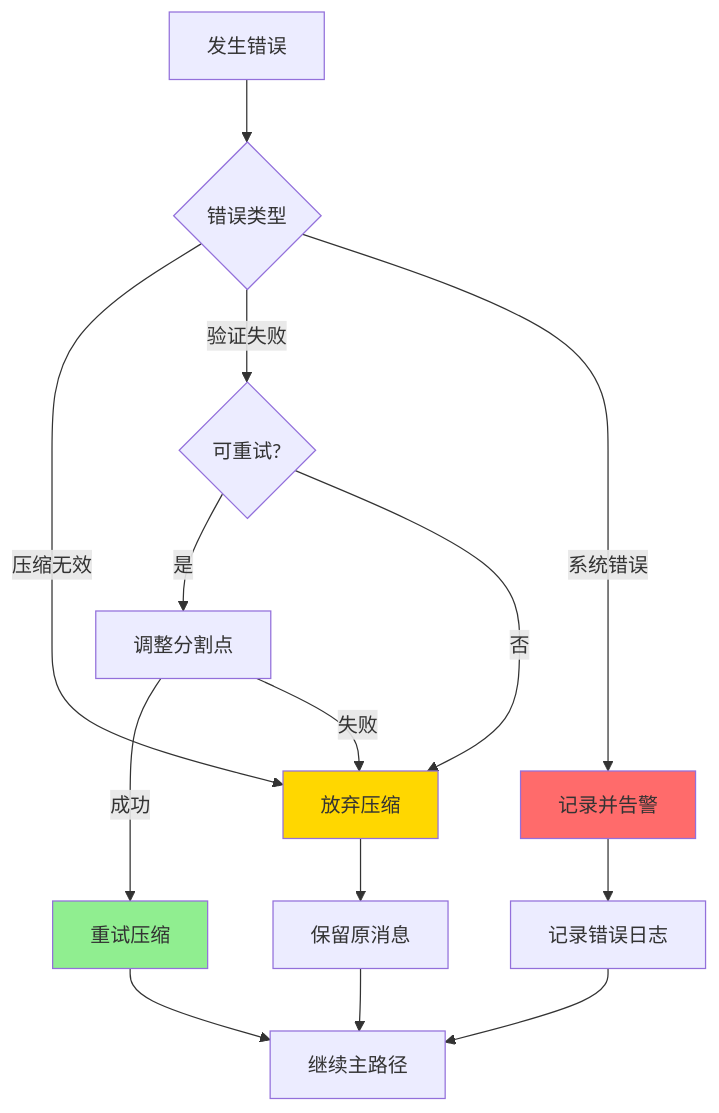
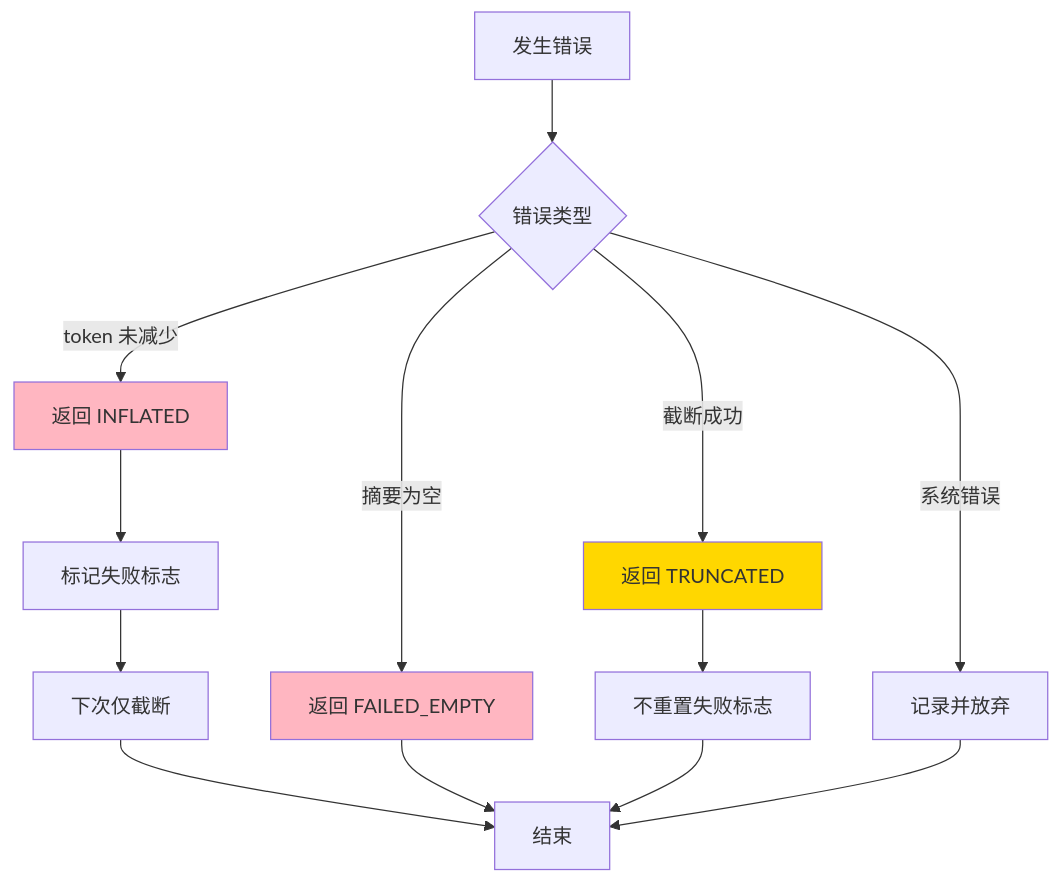
Before and after one commit to giraffe-tree/agent-base: the seventh of 11 diagrams in docs/gemini-cli/questions/gemini-cli-context-compaction.md, drawn with Mermaid. The commit also changed other lines of this file and 39 other files, not shown here.

````diff
--- a/docs/gemini-cli/questions/gemini-cli-context-compaction.md
+++ b/docs/gemini-cli/questions/gemini-cli-context-compaction.md
@@ -367,23 +413,21 @@
 ```mermaid
 flowchart TD
     E[发生错误] --> E1{错误类型}
-    E1 -->|压缩无效| R1[放弃压缩]
-    E1 -->|验证失败| R2{可重试?}
-    E1 -->|系统错误| R3[记录并告警]
+    E1 -->|token 未减少| R1[返回 INFLATED]
+    E1 -->|摘要为空| R2[返回 FAILED_EMPTY]
+    E1 -->|截断成功| R3[返回 TRUNCATED]
+    E1 -->|系统错误| R4[记录并放弃]
 
-    R2 -->|是| R2A[调整分割点]
-    R2A -->|成功| R2B[重试压缩]
-    R2A -->|失败| R1
-    R2 -->|否| R1
+    R1 --> R1A[标记失败标志]
+    R1A --> R1B[下次仅截断]
+    R3 --> R3A[不重置失败标志]
 
-    R1 --> R1A[保留原消息]
-    R3 --> R3A[记录错误日志]
+    R1B --> End[结束]
+    R2 --> End
+    R3A --> End
+    R4 --> End
 
-    R2B --> End[继续主路径]
-    R1A --> End
-    R3A --> End
-
-    style R2B fill:#90EE90
-    style R1 fill:#FFD700
-    style R3 fill:#FF6B6B
+    style R3 fill:#FFD700
+    style R1 fill:#FFB6C1
+    style R2 fill:#FFB6C1
 ```
````
